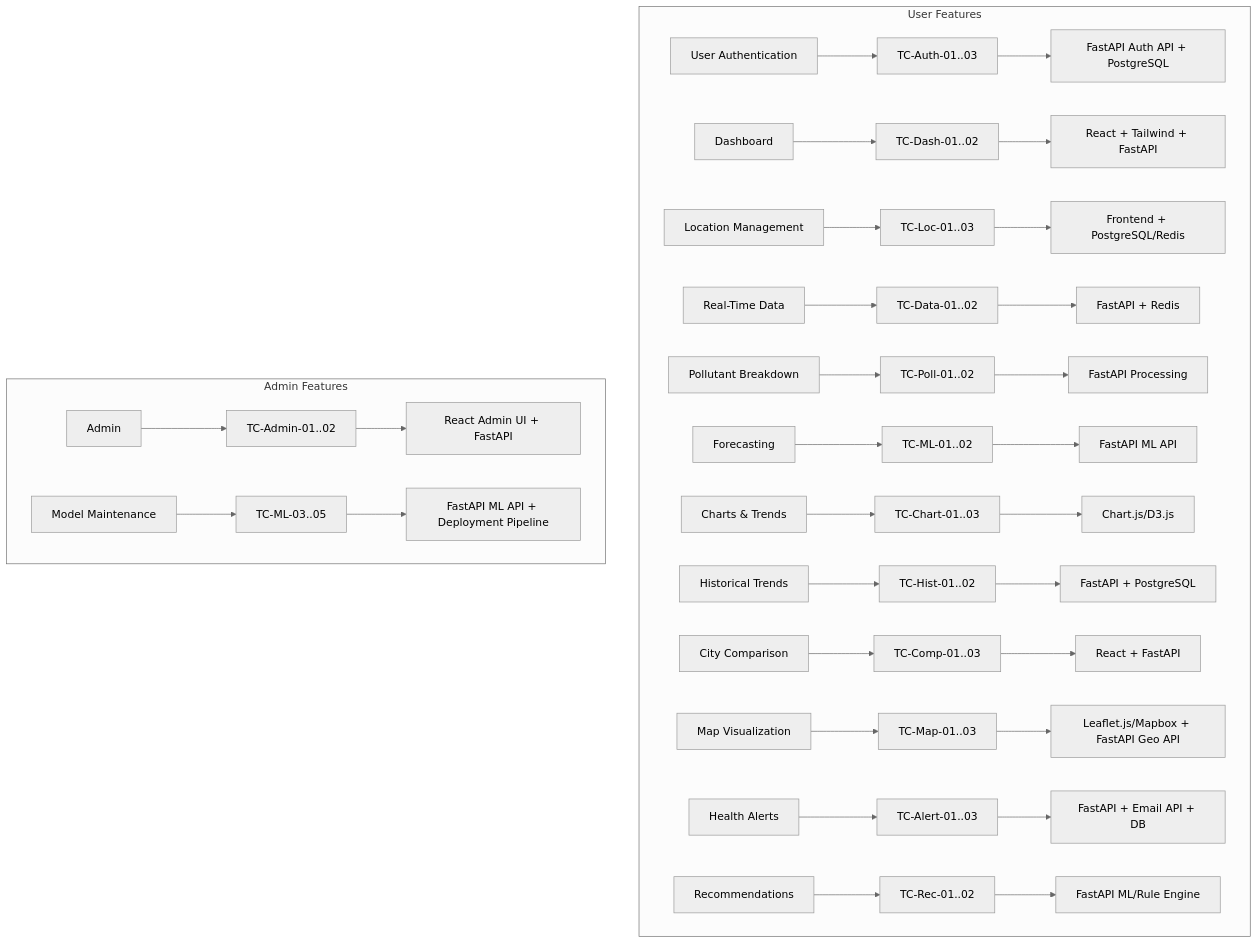
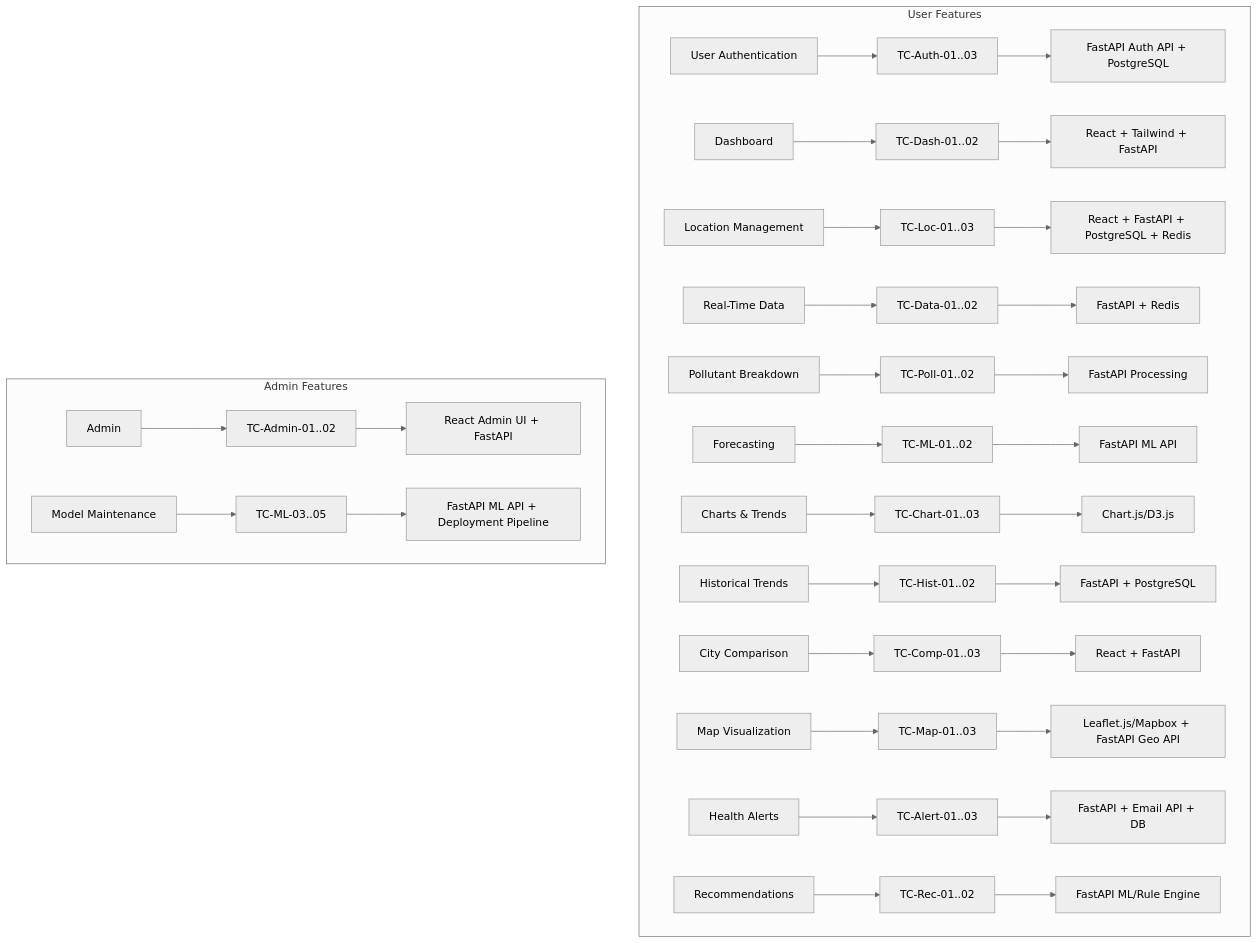
One commit to nijat-akhundzada/software-design-uni changed the second of 7 diagrams in SDLC Documentation Pack.md. Above: the diagram before and after it, drawn with Mermaid (neutral theme). The commit also changed other lines of this file and 1 other file, not shown here.

Commit message:
Resolving unconformities

````diff
--- a/SDLC Documentation Pack.md
+++ b/SDLC Documentation Pack.md
@@ -117,24 +117,24 @@
 ```mermaid
 flowchart TD
     %% User Features
     subgraph USER[User Features]
         UA[User Authentication] --> TC1[TC-Auth-01..03] --> DC1[FastAPI Auth API + PostgreSQL]
         Dash[Dashboard] --> TC2[TC-Dash-01..02] --> DC2[React + Tailwind + FastAPI]
-        Loc[Location Management] --> TC3[TC-Loc-01..03] --> DC3[Frontend + PostgreSQL/Redis]
+        Loc[Location Management] --> TC3[TC-Loc-01..03] --> DC3[React + FastAPI + PostgreSQL + Redis]
         RT[Real-Time Data] --> TC4[TC-Data-01..02] --> DC4[FastAPI + Redis]
         PB[Pollutant Breakdown] --> TC5[TC-Poll-01..02] --> DC5[FastAPI Processing]
         FC[Forecasting] --> TC6[TC-ML-01..02] --> DC6[FastAPI ML API]
         CH[Charts & Trends] --> TC7[TC-Chart-01..03] --> DC7[Chart.js/D3.js]
         Hist[Historical Trends] --> TC8[TC-Hist-01..02] --> DC8[FastAPI + PostgreSQL]
         Comp[City Comparison] --> TC9[TC-Comp-01..03] --> DC9[React + FastAPI]
         Map[Map Visualization] --> TC10[TC-Map-01..03] --> DC10[Leaflet.js/Mapbox + FastAPI Geo API]
         Alerts[Health Alerts] --> TC11[TC-Alert-01..03] --> DC11[FastAPI + Email API + DB]
         Rec[Recommendations] --> TC12[TC-Rec-01..02] --> DC12[FastAPI ML/Rule Engine]
     end
 
     %% Admin Features
     subgraph ADMIN[Admin Features]
         Admin --> TC13[TC-Admin-01..02] --> DC13[React Admin UI + FastAPI]
         ML[Model Maintenance] --> TC14[TC-ML-03..05] --> DC14[FastAPI ML API + Deployment Pipeline]
     end
 ```
````
